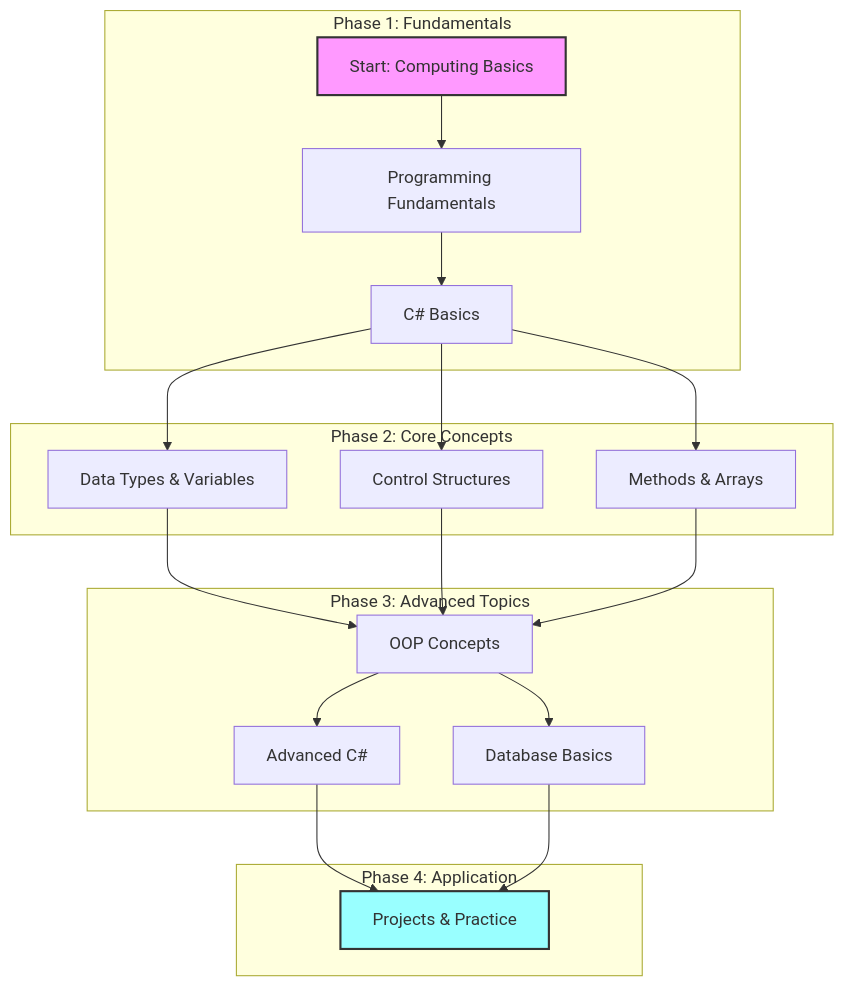
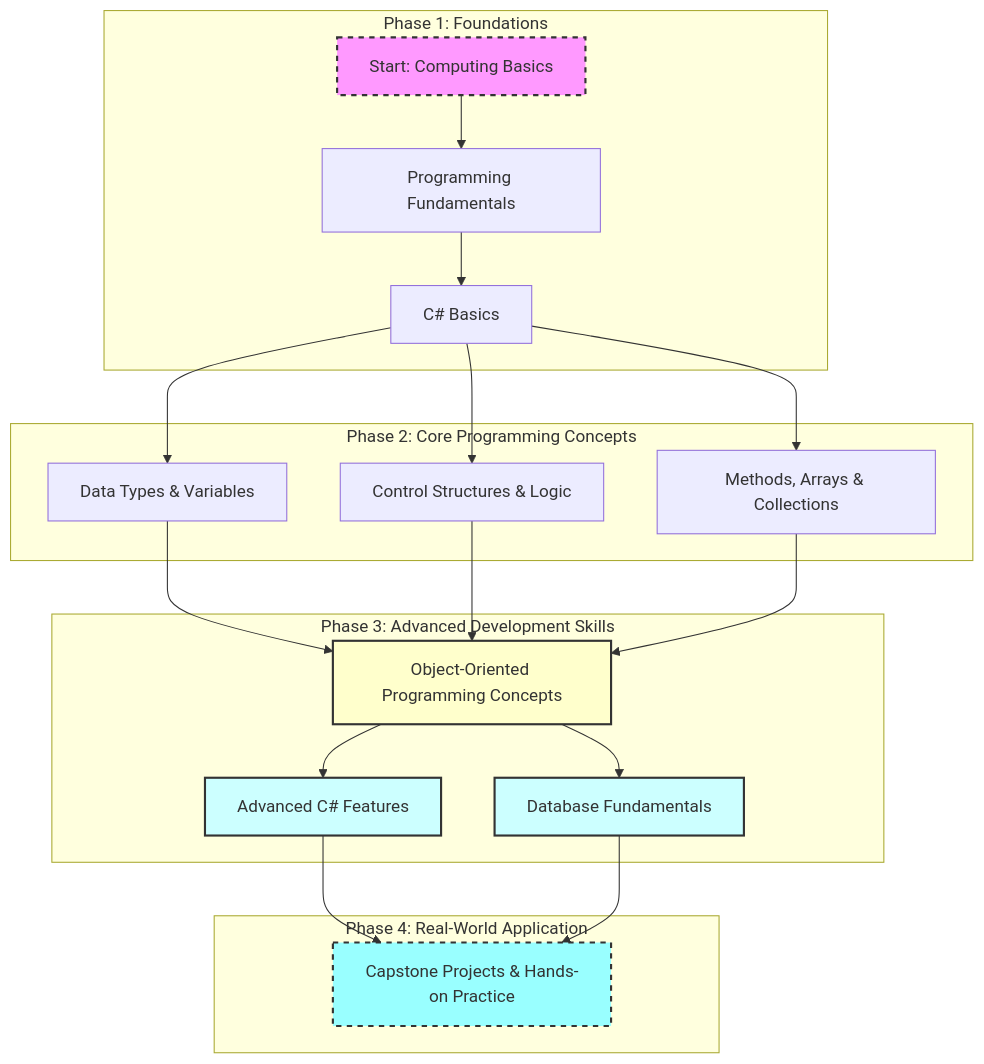
The diagram in README.md (parvizrovshanaliyev/CSharp04), drawn with Mermaid before and after one commit. The commit also changed other lines of this file, not shown here.

Commit message:
### Course Flow

````diff
--- a/README.md
+++ b/README.md
@@ -60,44 +60,48 @@
 ```mermaid
 graph TD
     A[Start: Computing Basics] --> B[Programming Fundamentals]
     B --> C[C# Basics]
     
     C --> D[Data Types & Variables]
-    C --> E[Control Structures]
-    C --> F[Methods & Arrays]
+    C --> E[Control Structures & Logic]
+    C --> F[Methods, Arrays & Collections]
     
-    D --> G[OOP Concepts]
+    D --> G[Object-Oriented Programming Concepts]
     E --> G
     F --> G
     
-    G --> H[Advanced C#]
-    G --> I[Database Basics]
+    G --> H[Advanced C# Features]
+    G --> I[Database Fundamentals]
     
-    H --> J[Projects & Practice]
+    H --> J[Capstone Projects & Hands-on Practice]
     I --> J
     
-    subgraph "Phase 1: Fundamentals"
+    subgraph "Phase 1: Foundations"
         A
         B
         C
     end
     
-    subgraph "Phase 2: Core Concepts"
+    subgraph "Phase 2: Core Programming Concepts"
         D
         E
         F
     end
     
-    subgraph "Phase 3: Advanced Topics"
+    subgraph "Phase 3: Advanced Development Skills"
         G
         H
         I
     end
     
-    subgraph "Phase 4: Application"
+    subgraph "Phase 4: Real-World Application"
         J
     end
 
-    style A fill:#f9f,stroke:#333,stroke-width:2px
-    style J fill:#9ff,stroke:#333,stroke-width:2px
+    style A fill:#f9f,stroke:#333,stroke-width:2px,stroke-dasharray: 5
+    style J fill:#9ff,stroke:#333,stroke-width:2px,stroke-dasharray: 5
+    style G fill:#ffc,stroke:#333,stroke-width:2px
+    style H fill:#cff,stroke:#333,stroke-width:2px
+    style I fill:#cff,stroke:#333,stroke-width:2px
+
 ```
````
